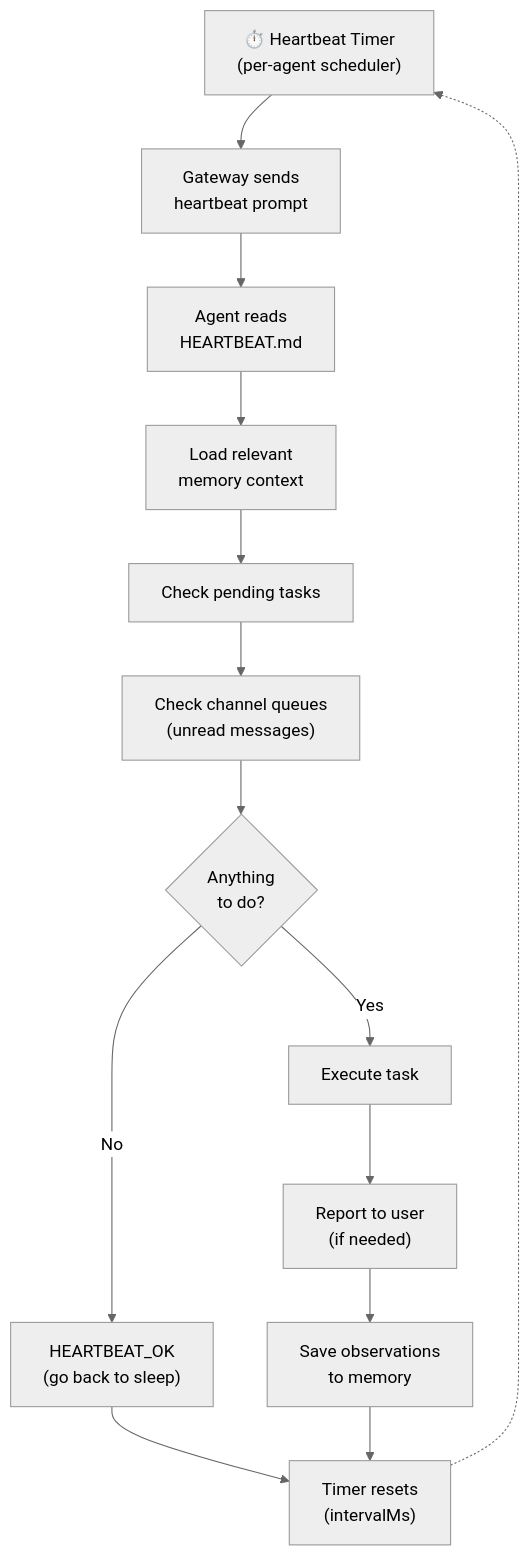
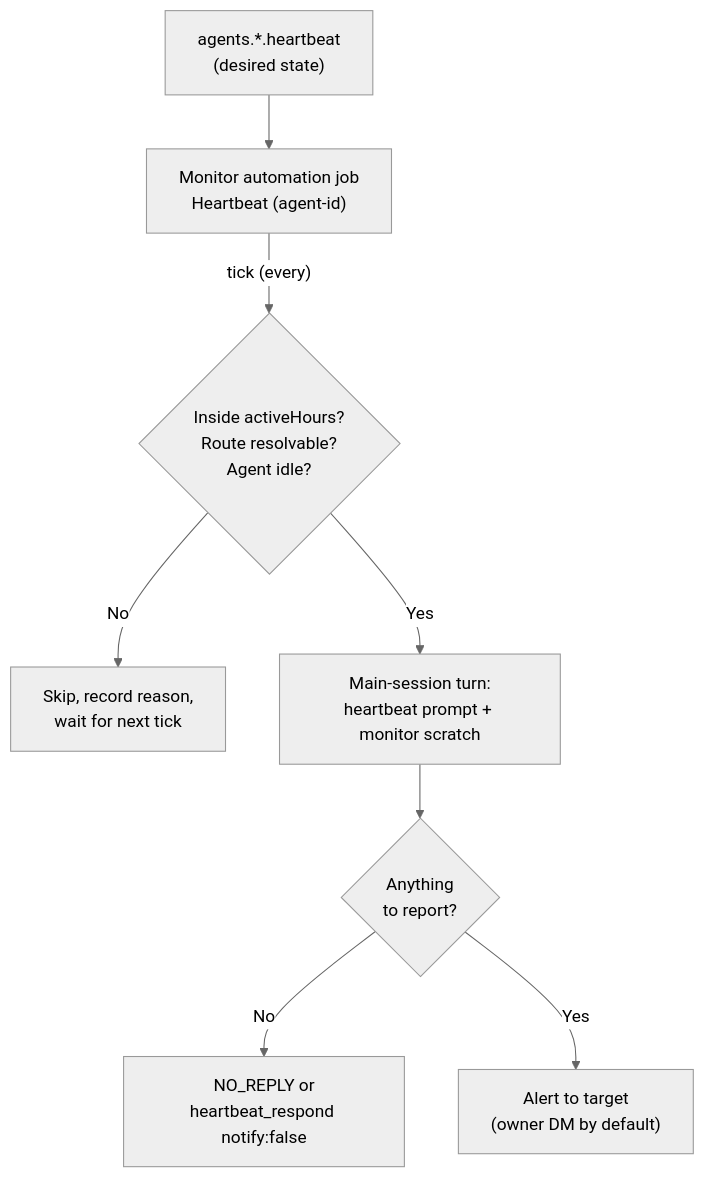
The diagram in docs/architecture/heartbeat.md (clawdocs/clawdocs.github.io), drawn with Mermaid (neutral theme) before and after one commit. The commit also changed other lines of this file, not shown here.

First line of the commit message:
Rewrite heartbeat architecture page for the monitor automation model

````diff
--- a/docs/architecture/heartbeat.md
+++ b/docs/architecture/heartbeat.md
@@ -17,16 +18,10 @@
 ```mermaid
 flowchart TD
-    Timer["⏱️ Heartbeat Timer<br/>(per-agent scheduler)"] --> Prompt["Gateway sends<br/>heartbeat prompt"]
-    Prompt --> ReadHB["Agent reads<br/>HEARTBEAT.md"]
-    ReadHB --> LoadMem["Load relevant<br/>memory context"]
-    LoadMem --> CheckTasks["Check pending tasks"]
-    CheckTasks --> CheckQueues["Check channel queues<br/>(unread messages)"]
-    CheckQueues --> Decision{"Anything<br/>to do?"}
-    Decision -- No --> OK["HEARTBEAT_OK<br/>(go back to sleep)"]
-    Decision -- Yes --> Execute["Execute task"]
-    Execute --> Report["Report to user<br/>(if needed)"]
-    Report --> SaveMem["Save observations<br/>to memory"]
-    OK --> Reset["Timer resets<br/>(intervalMs)"]
-    SaveMem --> Reset
-    Reset -.-> Timer
+    Config["agents.*.heartbeat<br/>(desired state)"] --> Monitor["Monitor automation job<br/>Heartbeat (agent-id)"]
+    Monitor -- "tick (every)" --> Guards{"Inside activeHours?<br/>Route resolvable?<br/>Agent idle?"}
+    Guards -- No --> Skip["Skip, record reason,<br/>wait for next tick"]
+    Guards -- Yes --> Prompt["Main-session turn:<br/>heartbeat prompt + monitor scratch"]
+    Prompt --> Decision{"Anything<br/>to report?"}
+    Decision -- No --> Quiet["NO_REPLY or<br/>heartbeat_respond notify:false"]
+    Decision -- Yes --> Alert["Alert to target<br/>(owner DM by default)"]
 ```
````
